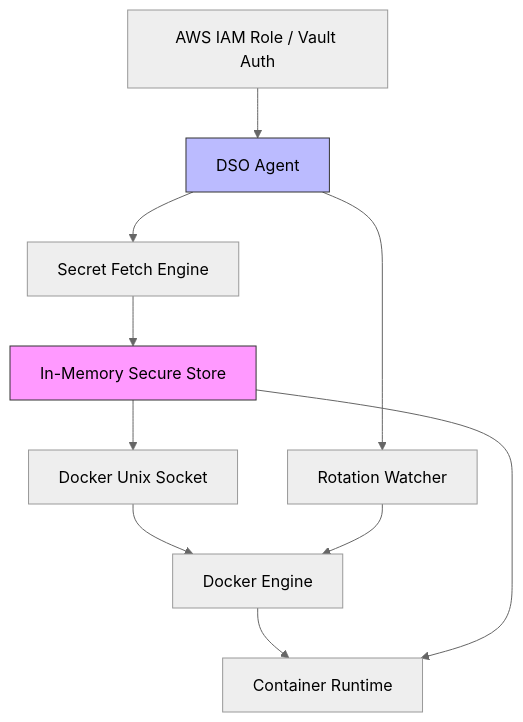
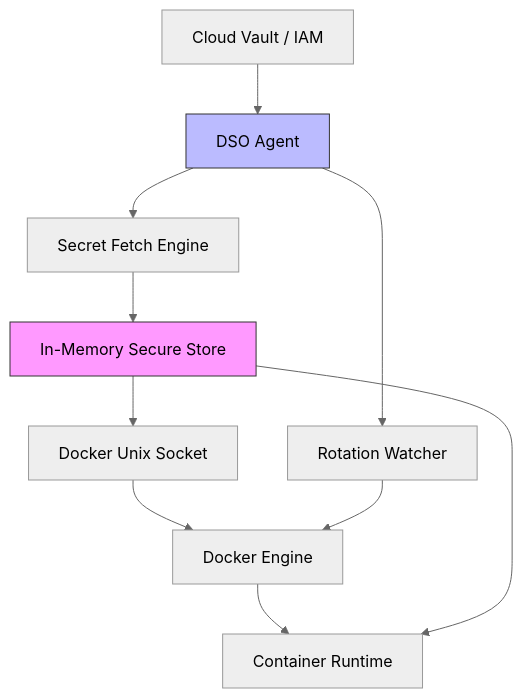
Before and after one commit to umairmd385/docker-secret-operator: the diagram in README.md, drawn with Mermaid (neutral theme). The commit also changed other lines of this file and 3 other files, not shown here.

````diff
--- a/README.md
+++ b/README.md
@@ -182,18 +131,18 @@
 ```mermaid
 flowchart TD
-    A[AWS IAM Role / Vault Auth] --> B[DSO Agent]
+    A[Cloud Vault / IAM] --> B[DSO Agent]
     B --> C[Secret Fetch Engine]
     C --> D[In-Memory Secure Store]
 
     D --> E[Docker Unix Socket]
     E --> F[Docker Engine]
 
     F --> G[Container Runtime]
     D --> G
 
     B --> H[Rotation Watcher]
     H --> F
 
     style D fill:#f9f,stroke:#333,stroke-width:1px
     style B fill:#bbf,stroke:#333
 ```
````
